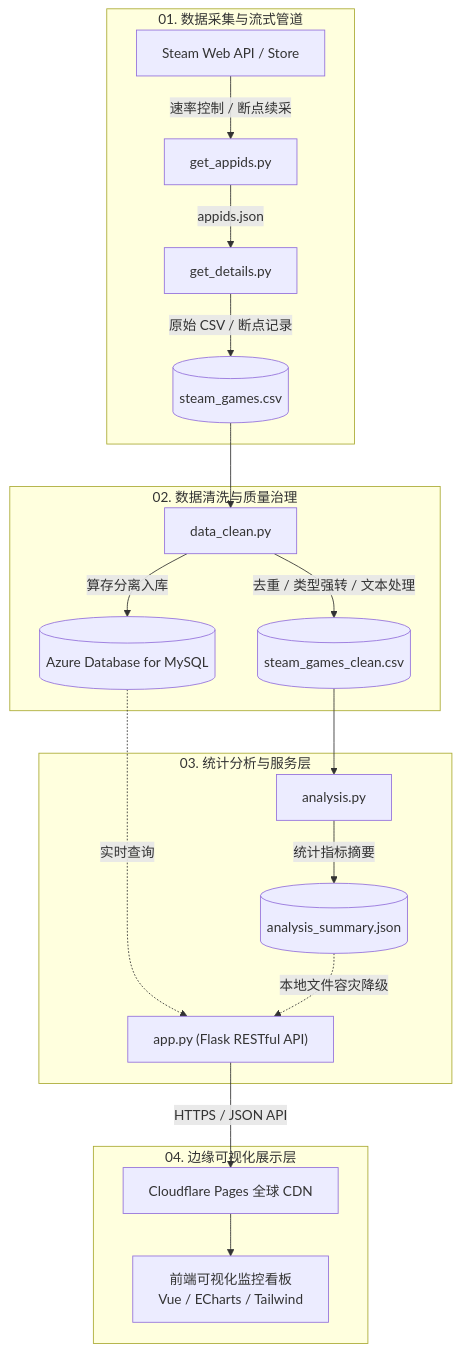
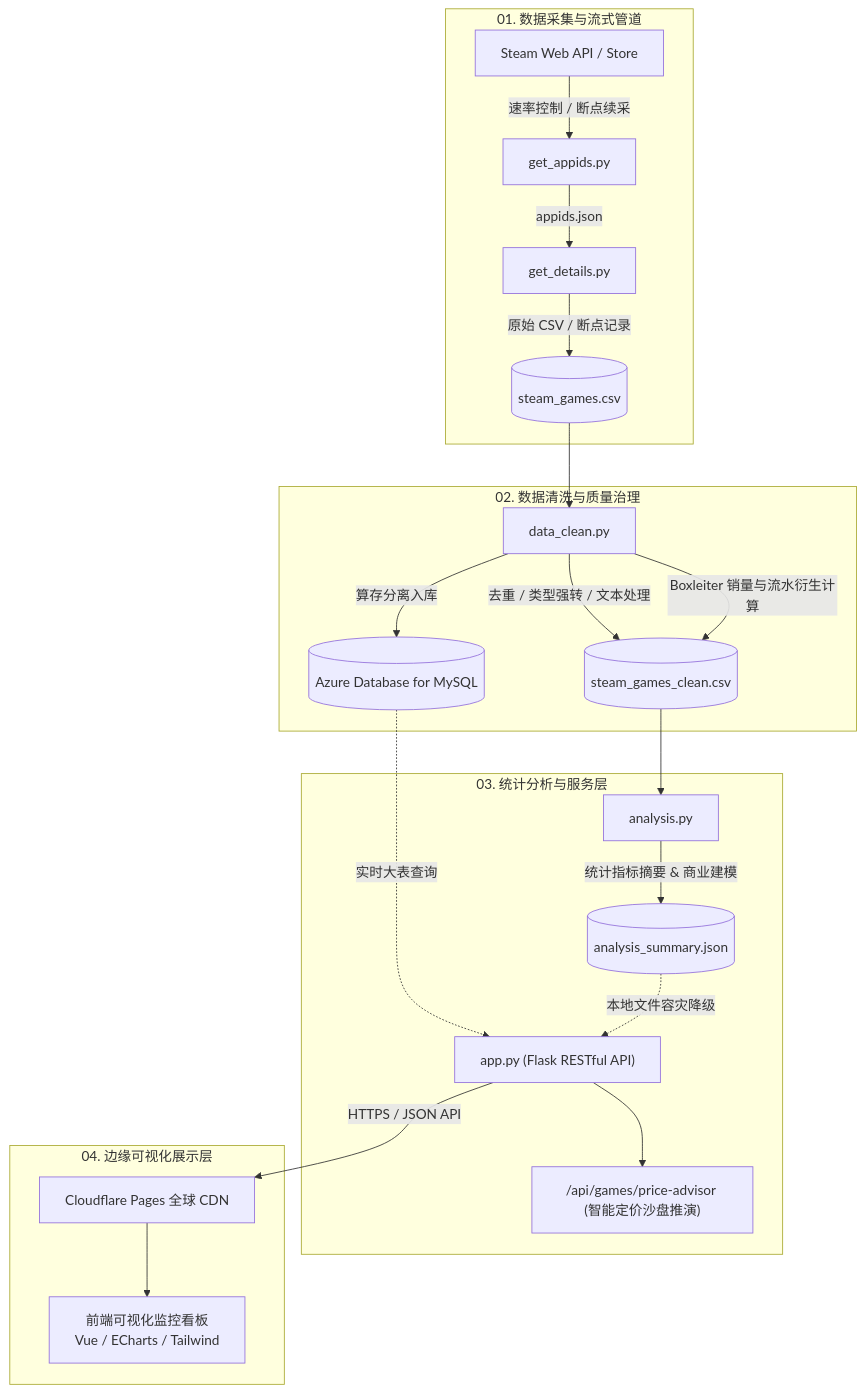
One commit to hollywuchi/SteamScope changed the first of 2 diagrams in README.md. Above: the diagram before and after it, drawn with Mermaid. The commit also changed other lines of this file and 5 other files, not shown here.

````diff
--- a/README.md
+++ b/README.md
@@ -34,26 +36,28 @@
 ```mermaid
 flowchart TD
     subgraph DataCollection["01. 数据采集与流式管道"]
         S["Steam Web API / Store"] -->|速率控制 / 断点续采| C1["get_appids.py"]
         C1 -->|appids.json| C2["get_details.py"]
         C2 -->|原始 CSV / 断点记录| RAW[("steam_games.csv")]
     end
 
     subgraph DataETL["02. 数据清洗与质量治理"]
         RAW --> D["data_clean.py"]
         D -->|去重 / 类型强转 / 文本处理| CLEAN[("steam_games_clean.csv")]
+        D -->|Boxleiter 销量与流水衍生计算| CLEAN
         D -->|算存分离入库| MYSQL[("Azure Database for MySQL")]
     end
 
     subgraph AnalysisEngine["03. 统计分析与服务层"]
         CLEAN --> A["analysis.py"]
-        A -->|统计指标摘要| JSON[("analysis_summary.json")]
-        MYSQL -.->|实时查询| APP["app.py (Flask RESTful API)"]
+        A -->|统计指标摘要 & 商业建模| JSON[("analysis_summary.json")]
+        MYSQL -.->|实时大表查询| APP["app.py (Flask RESTful API)"]
         JSON -.->|本地文件容灾降级| APP
+        APP --> DSS["/api/games/price-advisor (智能定价沙盘推演)"]
     end
 
     subgraph Presentation["04. 边缘可视化展示层"]
         APP -->|HTTPS / JSON API| CF["Cloudflare Pages 全球 CDN"]
         CF --> UI["前端可视化监控看板<br/>Vue / ECharts / Tailwind"]
     end
 ```
````
